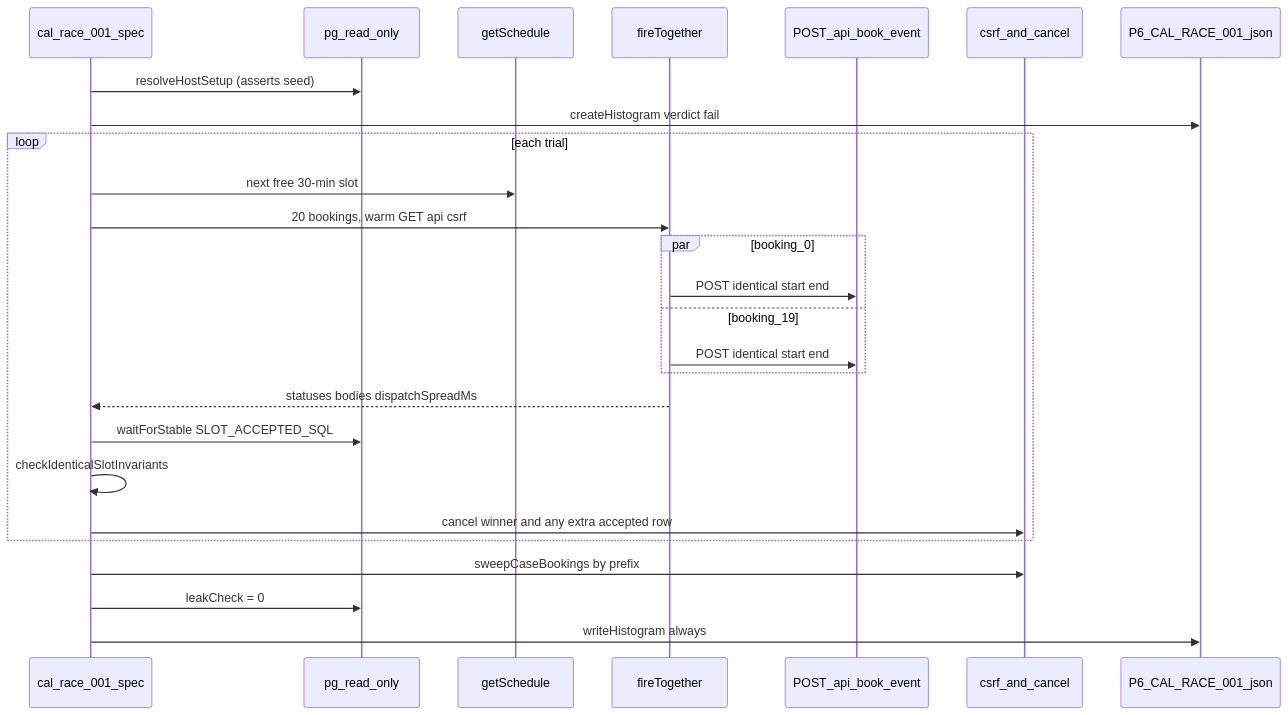
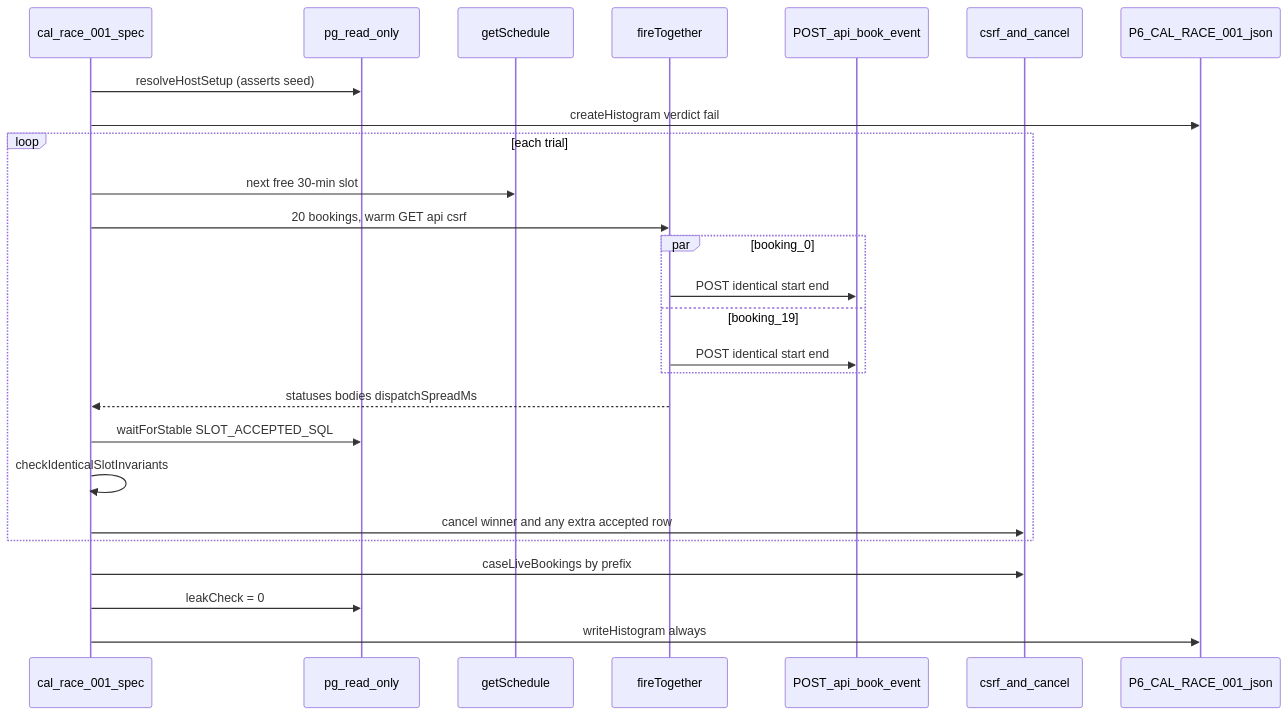
The diagram in docs/plans/2026-10-20-p6-phase1-task4-cal-race-001.md (Jayami123/k6-load-concurrency-suite), drawn with Mermaid before and after one commit. The commit also changed other lines of this file, not shown here.

````diff
--- a/docs/plans/2026-10-20-p6-phase1-task4-cal-race-001.md
+++ b/docs/plans/2026-10-20-p6-phase1-task4-cal-race-001.md
@@ -449,29 +449,29 @@
 ```mermaid
 sequenceDiagram
   participant Spec as cal_race_001_spec
   participant Oracle as pg_read_only
   participant Slots as getSchedule
   participant Barrier as fireTogether
   participant Cal as POST_api_book_event
   participant Cancel as csrf_and_cancel
   participant Hist as P6_CAL_RACE_001_json
 
   Spec->>Oracle: resolveHostSetup (asserts seed)
   Spec->>Hist: createHistogram verdict fail
   loop each trial
     Spec->>Slots: next free 30-min slot
     Spec->>Barrier: 20 bookings, warm GET api csrf
     par booking_0
       Barrier->>Cal: POST identical start end
     and booking_19
       Barrier->>Cal: POST identical start end
     end
     Barrier-->>Spec: statuses bodies dispatchSpreadMs
     Spec->>Oracle: waitForStable SLOT_ACCEPTED_SQL
     Spec->>Spec: checkIdenticalSlotInvariants
     Spec->>Cancel: cancel winner and any extra accepted row
   end
-  Spec->>Cancel: sweepCaseBookings by prefix
+  Spec->>Cancel: caseLiveBookings by prefix
   Spec->>Oracle: leakCheck = 0
   Spec->>Hist: writeHistogram always
 ```
````
